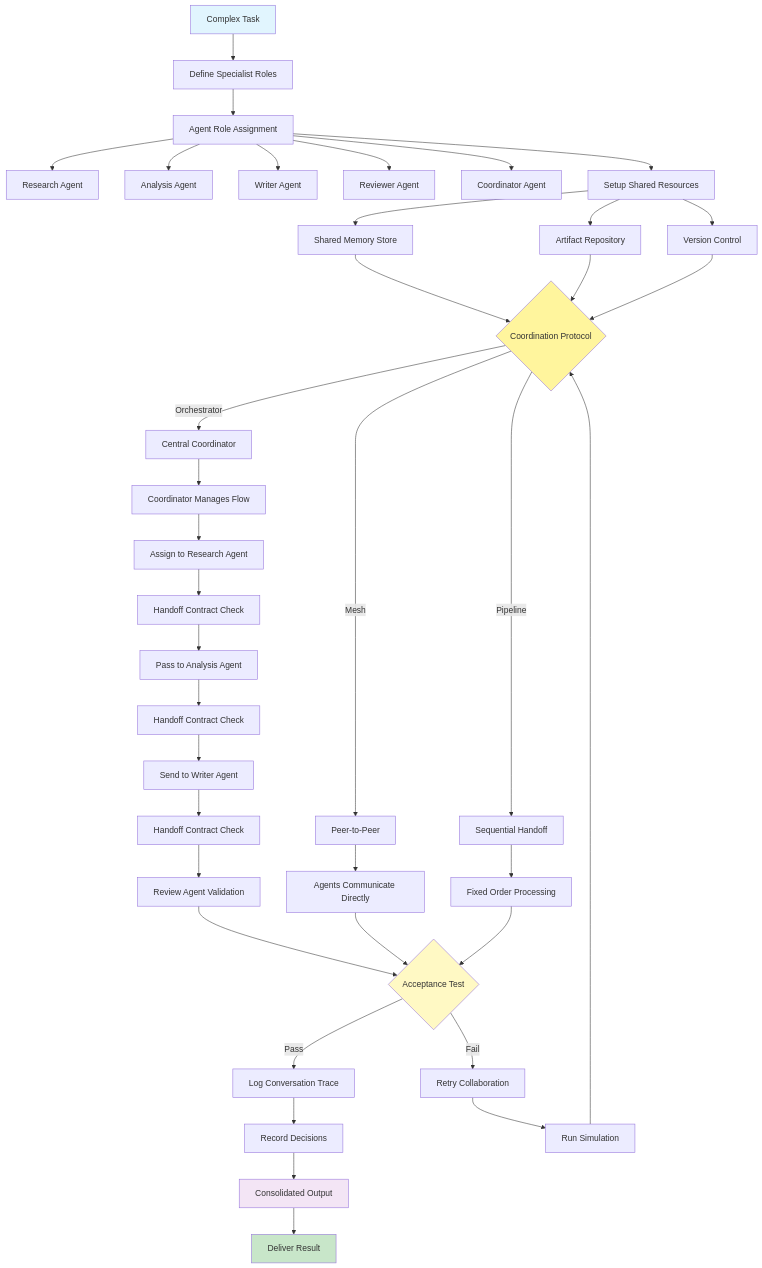
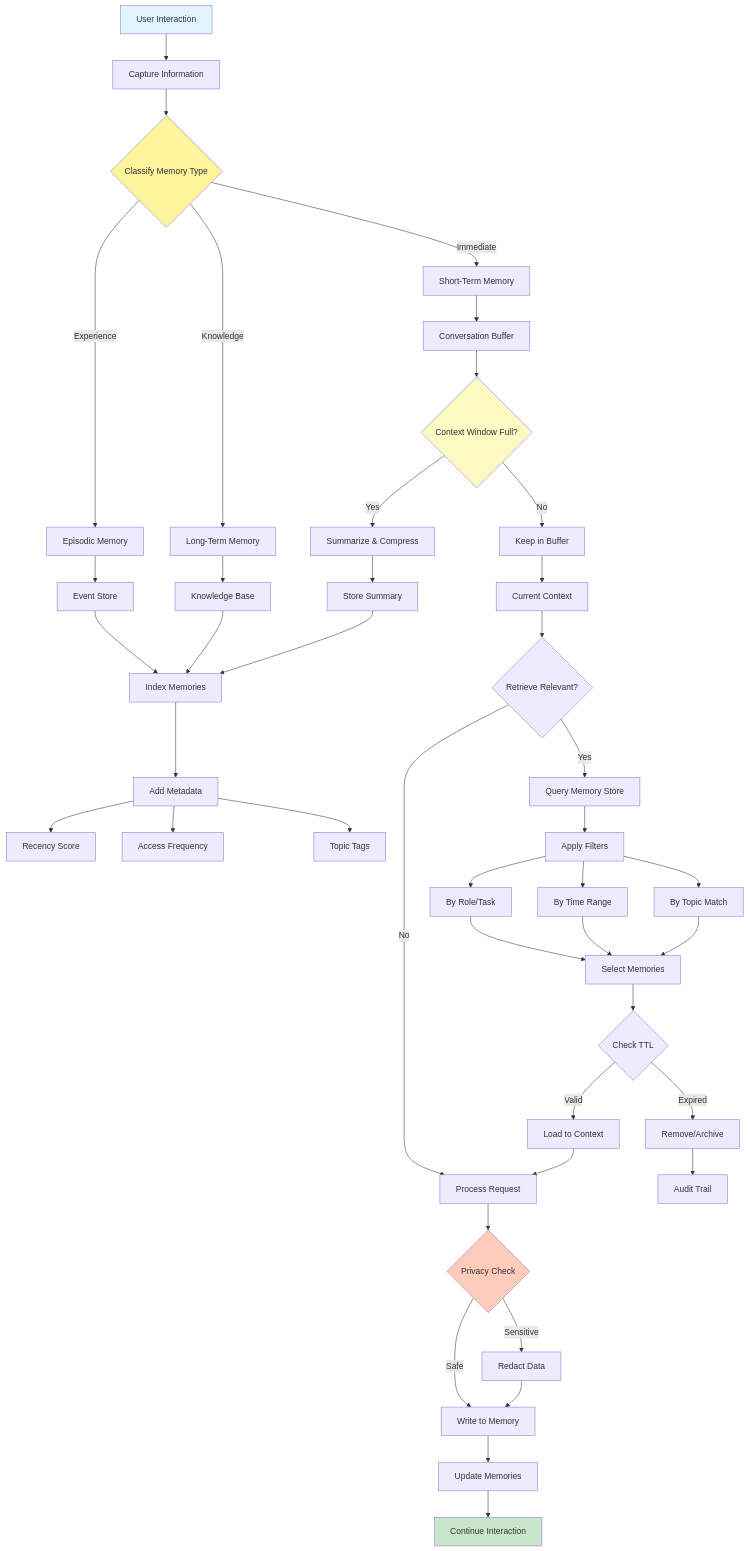
The diagram in diagram.mmd (Adrian-patrick/agentic-ai-design-patterns), drawn with Mermaid before and after one commit. The commit also changed 9 other files, not shown here.

```diff
--- a/diagram.mmd
+++ b/diagram.mmd
@@ -1,54 +1,62 @@
 graph TD
-    Start[Complex Task] --> Define[Define Specialist Roles]
+    Start[User Interaction] --> Capture[Capture Information]
     
-    Define --> Roles[Agent Role Assignment]
-    Roles --> A1[Research Agent]
-    Roles --> A2[Analysis Agent]
-    Roles --> A3[Writer Agent]
-    Roles --> A4[Reviewer Agent]
-    Roles --> A5[Coordinator Agent]
+    Capture --> Classify{Classify Memory Type}
     
-    Roles --> Setup[Setup Shared Resources]
-    Setup --> Memory[Shared Memory Store]
-    Setup --> Artifacts[Artifact Repository]
-    Setup --> Version[Version Control]
+    Classify -->|Immediate| ShortTerm[Short-Term Memory]
+    Classify -->|Experience| Episodic[Episodic Memory]
+    Classify -->|Knowledge| LongTerm[Long-Term Memory]
     
-    Memory --> Protocol{Coordination Protocol}
-    Artifacts --> Protocol
-    Version --> Protocol
+    ShortTerm --> Buffer[Conversation Buffer]
+    Episodic --> Events[Event Store]
+    LongTerm --> Knowledge[Knowledge Base]
     
-    Protocol -->|Orchestrator| Orchestrate[Central Coordinator]
-    Protocol -->|Mesh| Mesh[Peer-to-Peer]
-    Protocol -->|Pipeline| Pipeline[Sequential Handoff]
+    Buffer --> Compress{Context Window Full?}
+    Compress -->|Yes| Summarize[Summarize & Compress]
+    Compress -->|No| Keep[Keep in Buffer]
     
-    Orchestrate --> Coord[Coordinator Manages Flow]
-    Coord --> Task1[Assign to Research Agent]
-    Task1 --> Hand1[Handoff Contract Check]
-    Hand1 --> Task2[Pass to Analysis Agent]
-    Task2 --> Hand2[Handoff Contract Check]
-    Hand2 --> Task3[Send to Writer Agent]
-    Task3 --> Hand3[Handoff Contract Check]
-    Hand3 --> Task4[Review Agent Validation]
+    Summarize --> Store[Store Summary]
+    Keep --> Current[Current Context]
     
-    Mesh --> Peer[Agents Communicate Directly]
-    Pipeline --> Sequence[Fixed Order Processing]
+    Events --> Index[Index Memories]
+    Knowledge --> Index
+    Store --> Index
     
-    Task4 --> Test{Acceptance Test}
-    Peer --> Test
-    Sequence --> Test
+    Index --> Metadata[Add Metadata]
+    Metadata --> Recency[Recency Score]
+    Metadata --> Frequency[Access Frequency]
+    Metadata --> Topic[Topic Tags]
     
-    Test -->|Pass| Log[Log Conversation Trace]
-    Test -->|Fail| Retry[Retry Collaboration]
+    Current --> Retrieve{Retrieve Relevant?}
+    Retrieve -->|Yes| Query[Query Memory Store]
+    Retrieve -->|No| Process[Process Request]
     
-    Retry --> Simulate[Run Simulation]
-    Simulate --> Protocol
+    Query --> Filter[Apply Filters]
+    Filter --> Role[By Role/Task]
+    Filter --> Time[By Time Range]
+    Filter --> Relevance[By Topic Match]
     
-    Log --> Decision[Record Decisions]
-    Decision --> Output[Consolidated Output]
-    Output --> End[Deliver Result]
+    Role --> Select[Select Memories]
+    Time --> Select
+    Relevance --> Select
+    
+    Select --> TTL{Check TTL}
+    TTL -->|Expired| Forget[Remove/Archive]
+    TTL -->|Valid| Load[Load to Context]
+    
+    Forget --> Audit[Audit Trail]
+    Load --> Process
+    
+    Process --> Privacy{Privacy Check}
+    Privacy -->|Sensitive| Redact[Redact Data]
+    Privacy -->|Safe| Write[Write to Memory]
+    
+    Redact --> Write
+    Write --> Update[Update Memories]
+    Update --> End[Continue Interaction]
 
     style Start fill:#e1f5fe
-    style Protocol fill:#fff59d
-    style Test fill:#fff9c4
-    style Output fill:#f3e5f5
+    style Classify fill:#fff59d
+    style Compress fill:#fff9c4
+    style Privacy fill:#ffccbc
     style End fill:#c8e6c9
```
